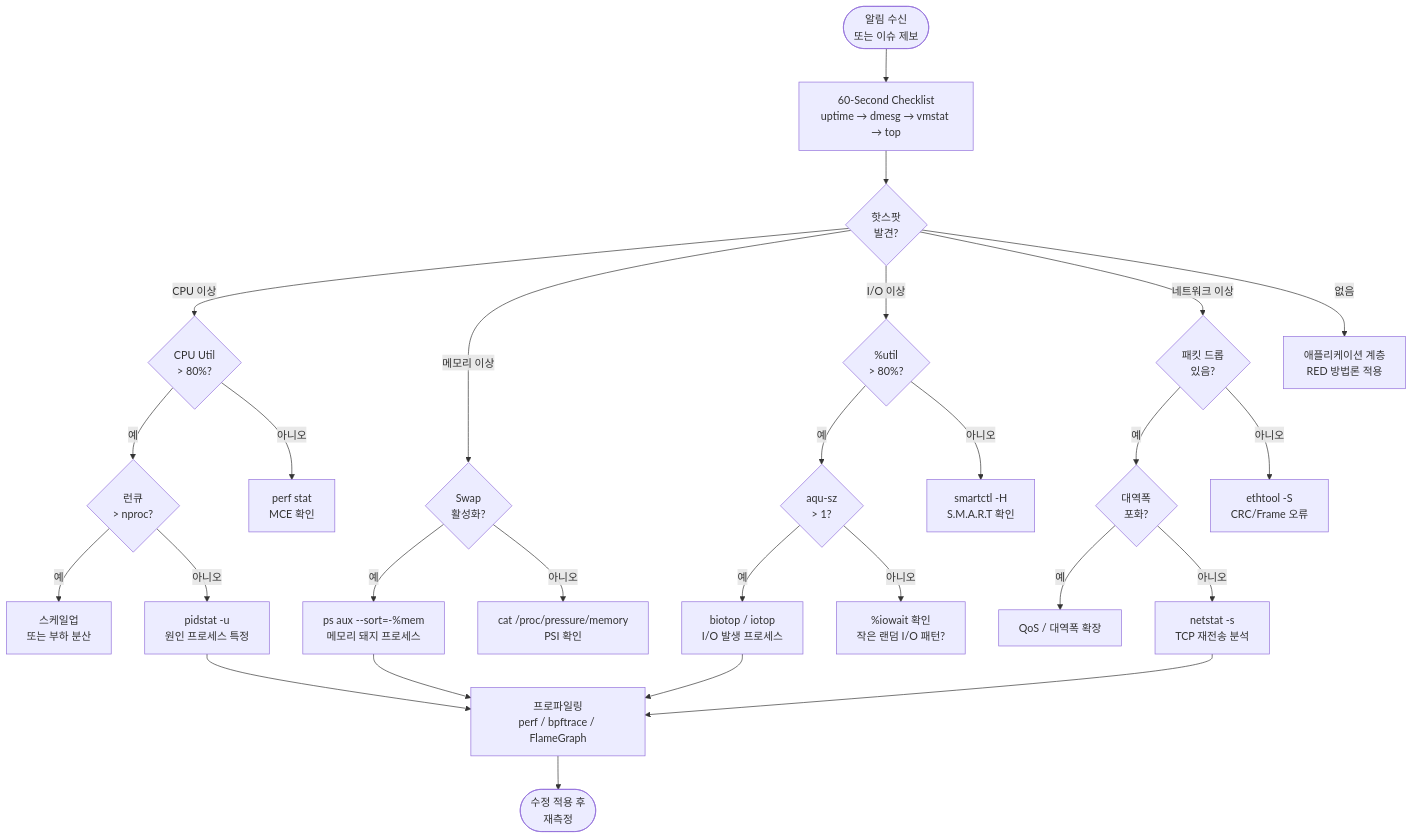
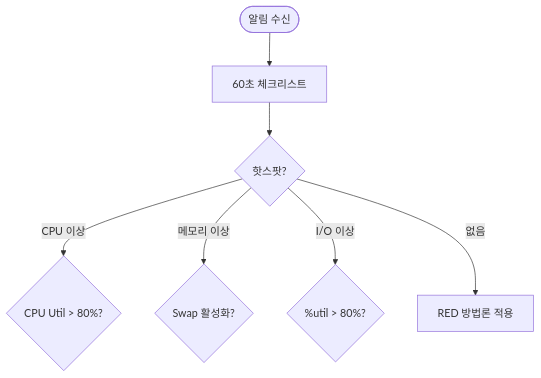
Before and after one commit to moonblueblue/devops-wiki: the fourth of 6 diagrams in content/linux/performance/use-methodology.md, drawn with Mermaid. The commit also changed other lines of this file and 12 other files, not shown here.

First line of the commit message:
style: linux 섹션 전체 ASCII art 제거 및 Mermaid 규칙 적용

````diff
--- a/content/linux/performance/use-methodology.md
+++ b/content/linux/performance/use-methodology.md
@@ -925,36 +911,11 @@
 ```mermaid
 flowchart TD
-    ALERT([알림 수신\n또는 이슈 제보]) --> QUICK[60-Second Checklist\nuptime → dmesg → vmstat → top]
+    ALERT([알림 수신]) --> QUICK[60초 체크리스트]
 
-    QUICK --> HOTSPOT{핫스팟\n발견?}
+    QUICK --> HOTSPOT{핫스팟?}
 
-    HOTSPOT -- CPU 이상 --> CPU_U{CPU Util\n> 80%?}
-    HOTSPOT -- 메모리 이상 --> MEM_S{Swap\n활성화?}
-    HOTSPOT -- I/O 이상 --> DISK_U{%util\n> 80%?}
-    HOTSPOT -- 네트워크 이상 --> NET_S{패킷 드롭\n있음?}
-    HOTSPOT -- 없음 --> APP[애플리케이션 계층\nRED 방법론 적용]
-
-    CPU_U -- 예 --> CPU_SAT{런큐\n> nproc?}
-    CPU_U -- 아니오 --> CPU_ERR[perf stat\nMCE 확인]
-
-    CPU_SAT -- 예 --> CPU_FIX[스케일업\n또는 부하 분산]
-    CPU_SAT -- 아니오 --> CPU_WHO[pidstat -u\n원인 프로세스 특정]
-
-    MEM_S -- 예 --> MEM_WHO[ps aux --sort=-%mem\n메모리 돼지 프로세스]
-    MEM_S -- 아니오 --> MEM_PSI[cat /proc/pressure/memory\nPSI 확인]
-
-    DISK_U -- 예 --> DISK_SAT{aqu-sz\n> 1?}
-    DISK_U -- 아니오 --> DISK_ERR[smartctl -H\nS.M.A.R.T 확인]
-
-    DISK_SAT -- 예 --> DISK_WHO[biotop / iotop\nI/O 발생 프로세스]
-    DISK_SAT -- 아니오 --> DISK_WAIT[%iowait 확인\n작은 랜덤 I/O 패턴?]
-
-    NET_S -- 예 --> NET_BW{대역폭\n포화?}
-    NET_S -- 아니오 --> NET_ERR[ethtool -S\nCRC/Frame 오류]
-
-    NET_BW -- 예 --> NET_LIMIT[QoS / 대역폭 확장]
-    NET_BW -- 아니오 --> NET_TCP[netstat -s\nTCP 재전송 분석]
-
-    CPU_WHO & MEM_WHO & DISK_WHO & NET_TCP --> PROFILE[프로파일링\nperf / bpftrace / FlameGraph]
-    PROFILE --> FIX([수정 적용 후\n재측정])
+    HOTSPOT -- CPU 이상 --> CPU_U{CPU Util > 80%?}
+    HOTSPOT -- 메모리 이상 --> MEM_S{Swap 활성화?}
+    HOTSPOT -- I/O 이상 --> DISK_U{%util > 80%?}
+    HOTSPOT -- 없음 --> APP[RED 방법론 적용]
 ```
````
